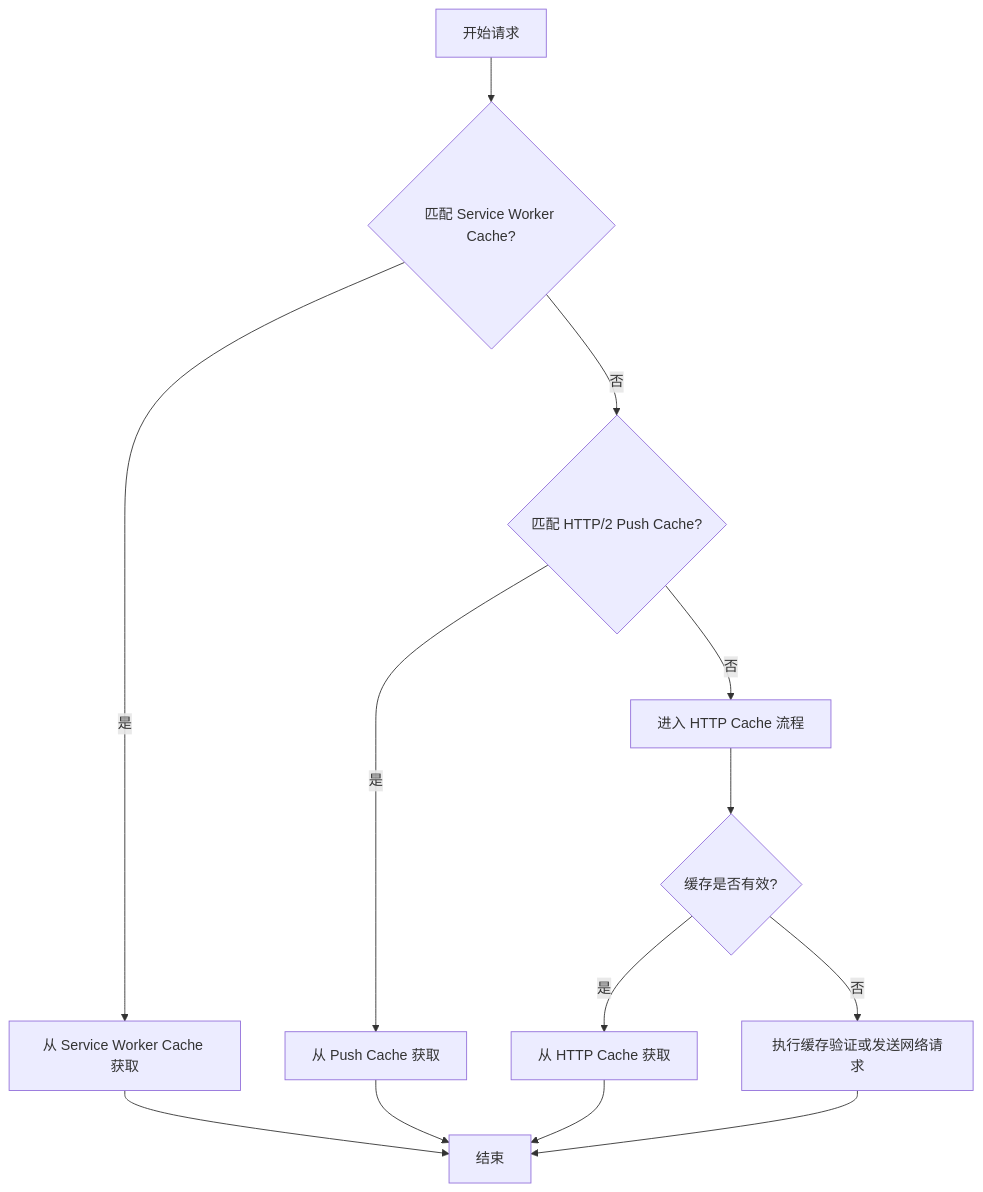
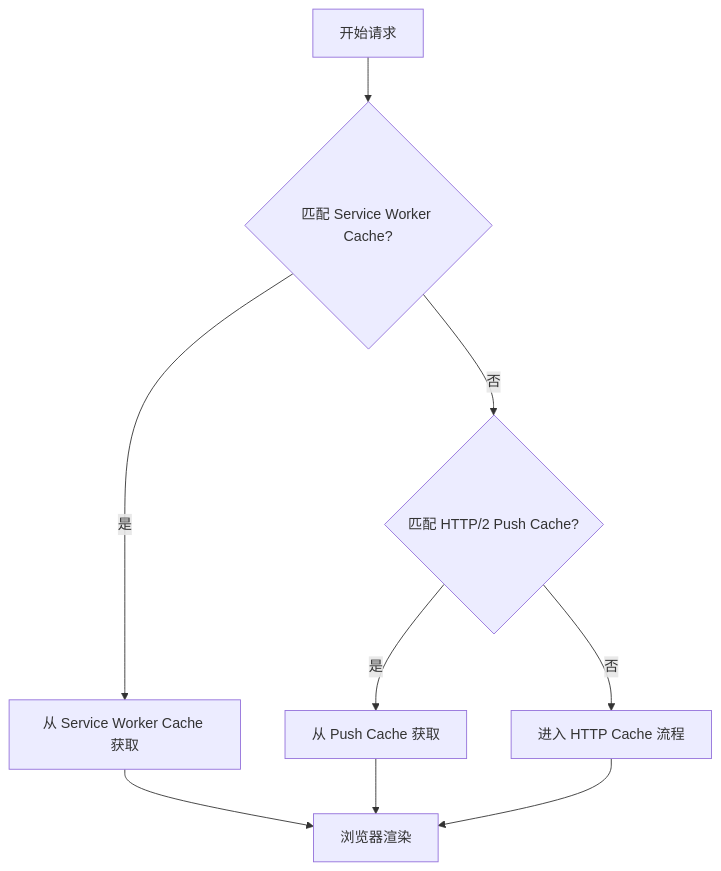
The first of 2 diagrams in docs/reference/performance/README.md (weihongyu12/web), drawn with Mermaid before and after one commit. The commit also changed other lines of this file, not shown here.

Commit message:
优化性能文档

````diff
--- a/docs/reference/performance/README.md
+++ b/docs/reference/performance/README.md
@@ -17,19 +17,14 @@
 ```mermaid
 flowchart TD
     A[开始请求] --> B{匹配 Service Worker Cache?}
     
     B -- 是 --> C[从 Service Worker Cache 获取]
-    C --> Z[结束]
+    C --> Z[浏览器渲染]
     
     B -- 否 --> D{匹配 HTTP/2 Push Cache?}
     D -- 是 --> E[从 Push Cache 获取]
     E --> Z
     
     D -- 否 --> F[进入 HTTP Cache 流程]
-    F --> G{缓存是否有效?}
-    G -- 是 --> H[从 HTTP Cache 获取]
-    G -- 否 --> I[执行缓存验证或发送网络请求]
-    
-    H --> Z
-    I --> Z
+    F --> Z
 ```
````
